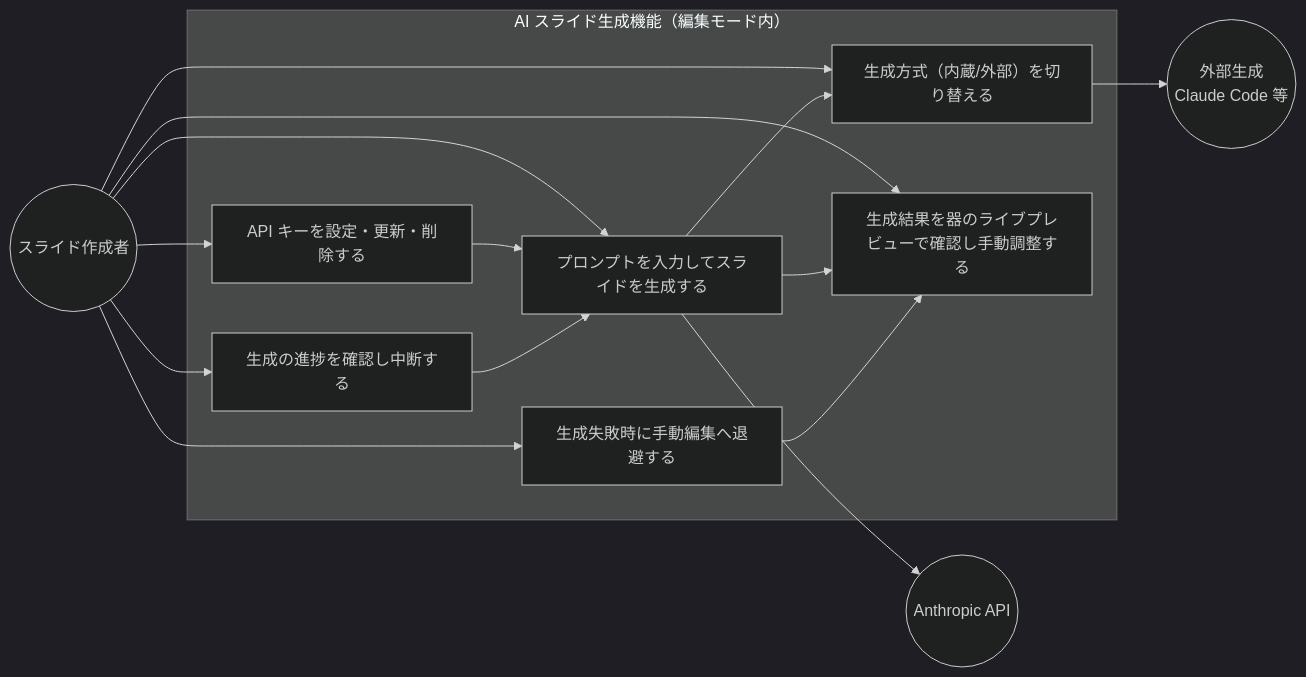
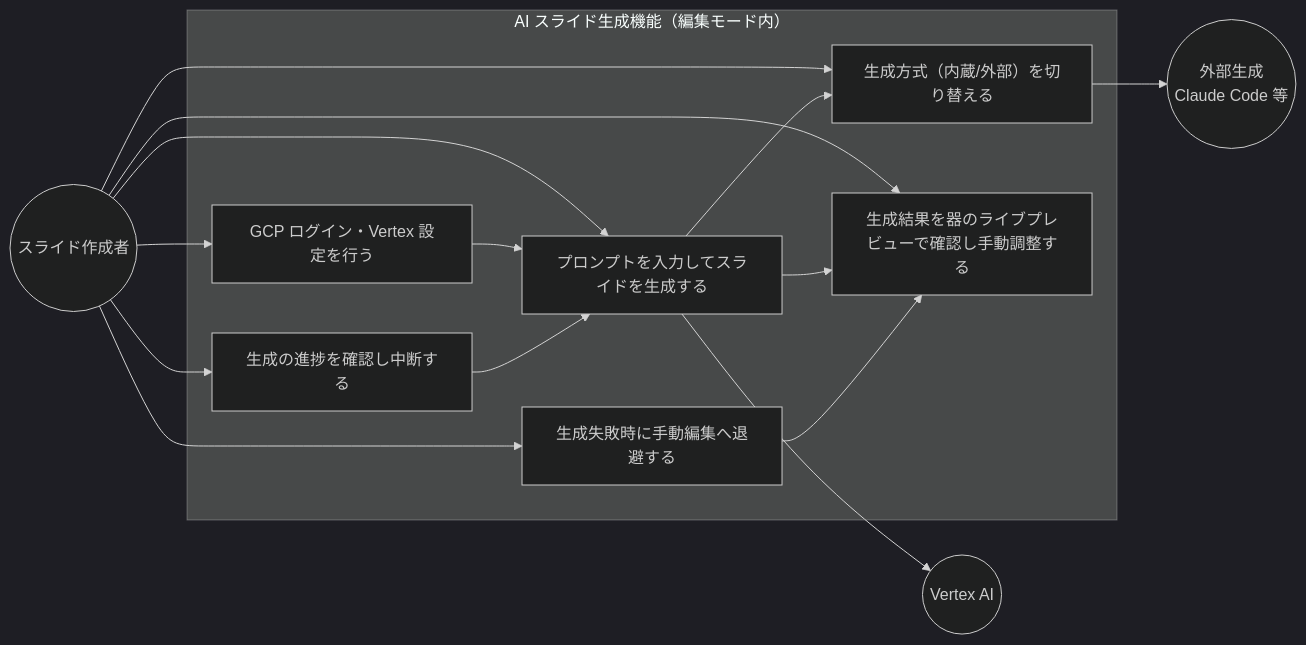
One commit to ToshikiImagawa/slide-presentation-app changed the first of 2 diagrams in .sdd/requirement/ai-slide-generation.md. Above: the diagram before and after it, drawn with Mermaid. The commit also changed other lines of this file and 22 other files, not shown here.

First line of the commit message:
[update] 内蔵スライド生成を Anthropic 直から Vertex AI（GCP ADC）へ置き換え (#14)

````diff
--- a/.sdd/requirement/ai-slide-generation.md
+++ b/.sdd/requirement/ai-slide-generation.md
@@ -90,30 +90,30 @@
 ```mermaid
 %%{init: {'theme': 'dark'}}%%
 flowchart LR
     Author((スライド作成者))
-    Anthropic((Anthropic API))
+    Vertex((Vertex AI))
     ClaudeCode((外部生成<br/>Claude Code 等))
 
     subgraph System["AI スライド生成機能（編集モード内）"]
         UC1[プロンプトを入力してスライドを生成する]
         UC2[生成方式（内蔵/外部）を切り替える]
-        UC3[API キーを設定・更新・削除する]
+        UC3[GCP ログイン・Vertex 設定を行う]
         UC4[生成結果を器のライブプレビューで確認し手動調整する]
         UC5[生成の進捗を確認し中断する]
         UC6[生成失敗時に手動編集へ退避する]
     end
 
     Author --> UC1
     Author --> UC2
     Author --> UC3
     Author --> UC4
     Author --> UC5
     Author --> UC6
     UC1 --> UC2
     UC1 --> UC4
-    UC1 --> Anthropic
+    UC1 --> Vertex
     UC2 --> ClaudeCode
     UC3 --> UC1
     UC5 --> UC1
     UC6 --> UC4
 ```
````
